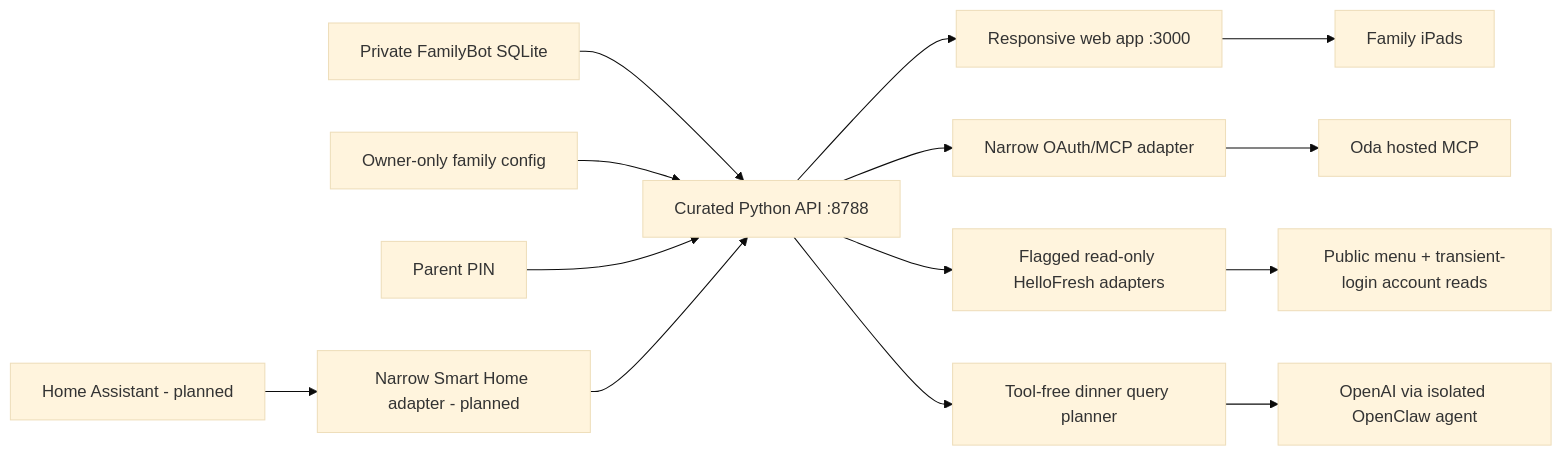
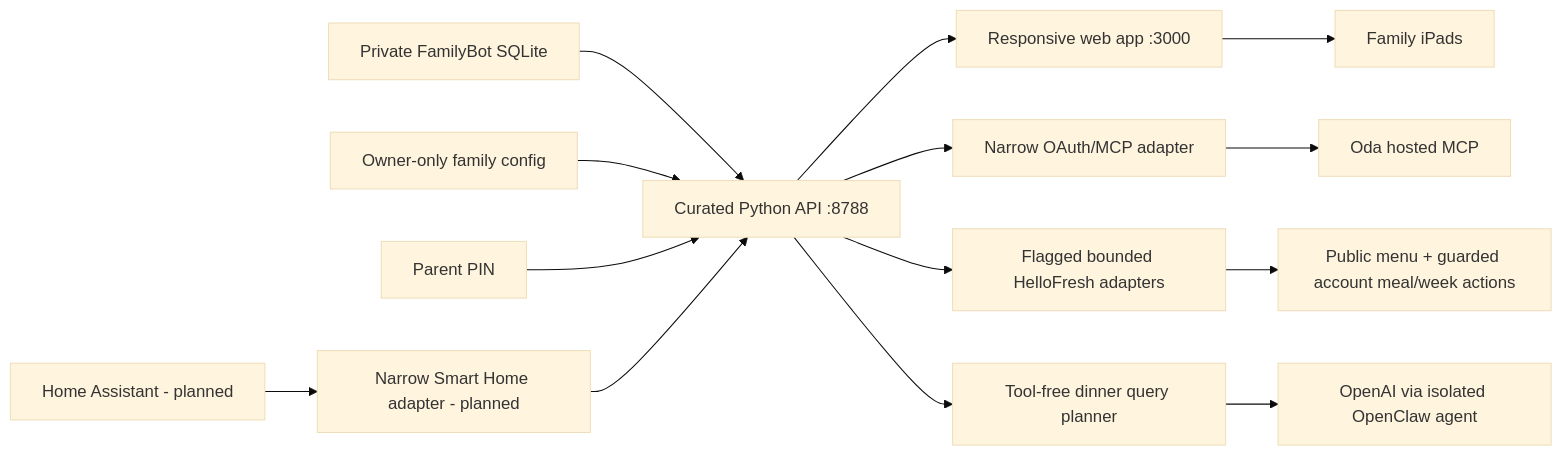
One commit to TrygveAasheim/familybot-portal changed the diagram in docs/DEVELOPMENT_GUIDE.md. Above: the diagram before and after it, drawn with Mermaid (base theme). The commit also changed other lines of this file and 15 other files, not shown here.

````diff
--- a/docs/DEVELOPMENT_GUIDE.md
+++ b/docs/DEVELOPMENT_GUIDE.md
@@ -25,16 +25,16 @@
 ```mermaid
 flowchart LR
   DB["Private FamilyBot SQLite"] --> API["Curated Python API :8788"]
   Config["Owner-only family config"] --> API
   API --> Web["Responsive web app :3000"]
   API --> Oda["Narrow OAuth/MCP adapter"]
   Oda --> OdaMCP["Oda hosted MCP"]
-  API --> HF["Flagged read-only HelloFresh adapters"]
-  HF --> HFNO["Public menu + transient-login account reads"]
+  API --> HF["Flagged bounded HelloFresh adapters"]
+  HF --> HFNO["Public menu + guarded account meal/week actions"]
   API --> Dinner["Tool-free dinner query planner"]
   Dinner --> OpenAI["OpenAI via isolated OpenClaw agent"]
   Web --> iPad["Family iPads"]
   Parent["Parent PIN"] --> API
   HA["Home Assistant - planned"] --> Smart["Narrow Smart Home adapter - planned"]
   Smart --> API
 ```
````
